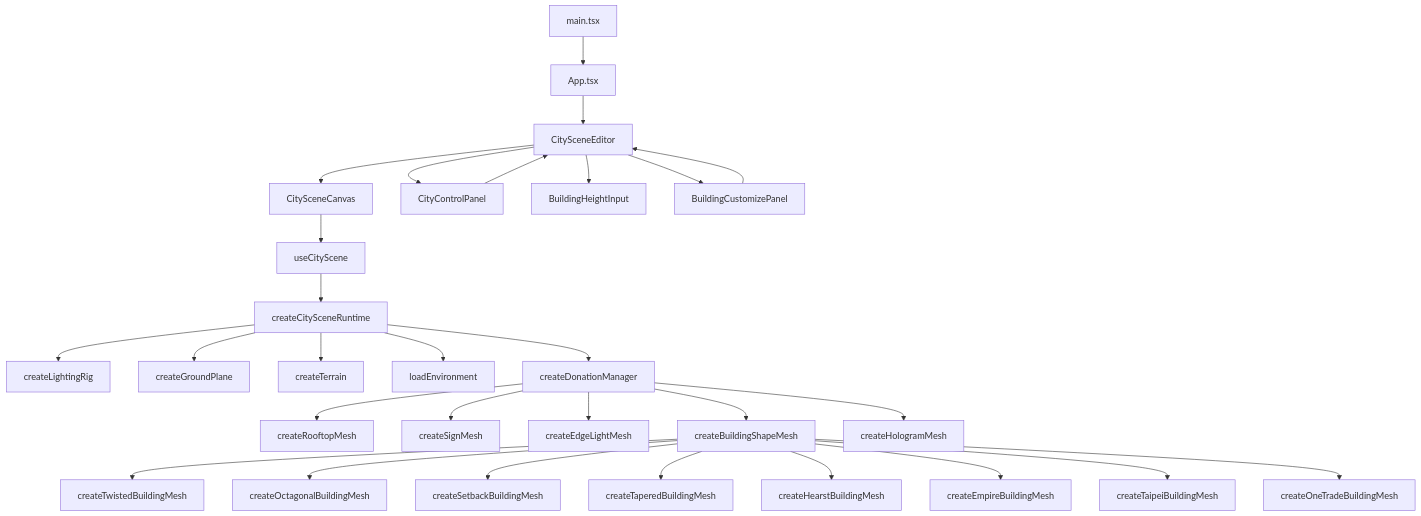
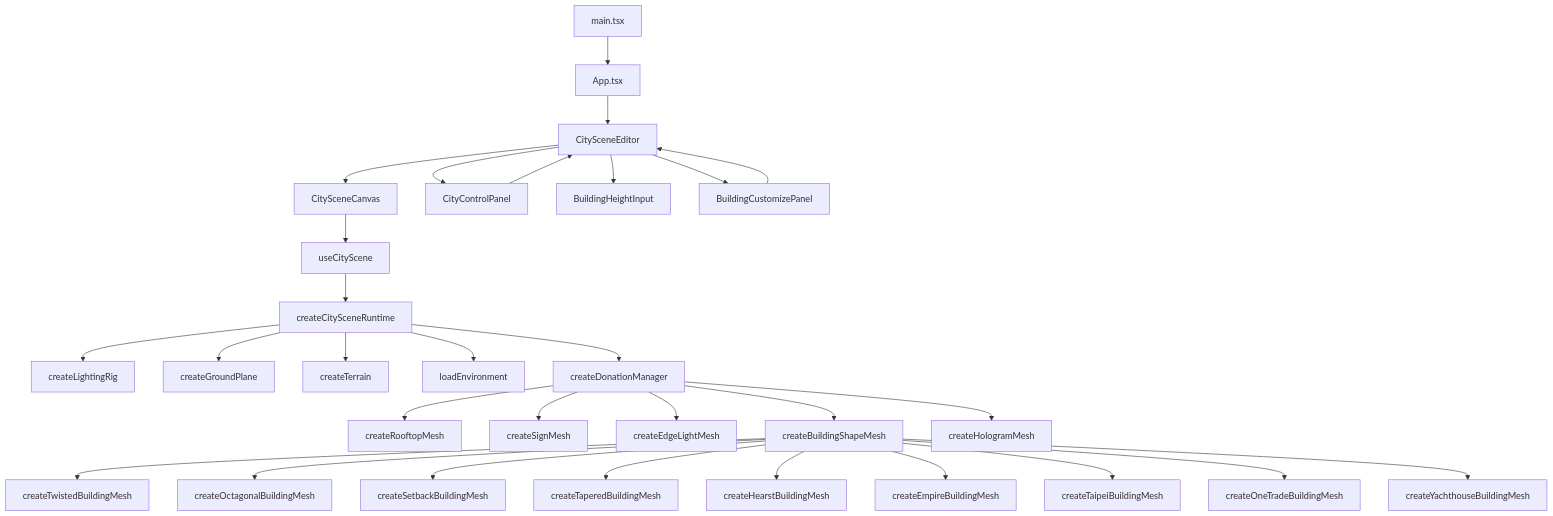
The first of 2 diagrams in doc/index.md (RaeII/cidoa), drawn with Mermaid before and after one commit. The commit also changed other lines of this file and 12 other files, not shown here.

````diff
--- a/doc/index.md
+++ b/doc/index.md
@@ -268,31 +269,32 @@
 ```mermaid
 flowchart TD
     A[main.tsx] --> B[App.tsx]
     B --> C[CitySceneEditor]
     C --> D[CitySceneCanvas]
     C --> E[CityControlPanel]
     C --> F[BuildingHeightInput]
     C --> P[BuildingCustomizePanel]
     D --> G[useCityScene]
     G --> H[createCitySceneRuntime]
     H --> I[createLightingRig]
     H --> J[createGroundPlane]
     H --> TR[createTerrain]
     H --> L[loadEnvironment]
     H --> M[createDonationManager]
     M --> N[createRooftopMesh]
     M --> O[createSignMesh]
     M --> Q[createEdgeLightMesh]
     M --> BS[createBuildingShapeMesh]
     BS --> T[createTwistedBuildingMesh]
     BS --> U[createOctagonalBuildingMesh]
     BS --> V[createSetbackBuildingMesh]
     BS --> W[createTaperedBuildingMesh]
     BS --> X[createHearstBuildingMesh]
     BS --> Y[createEmpireBuildingMesh]
     BS --> Z[createTaipeiBuildingMesh]
     BS --> OT[createOneTradeBuildingMesh]
+    BS --> YC[createYachthouseBuildingMesh]
     M --> HG[createHologramMesh]
     E --> C
     P --> C
 ```
````
